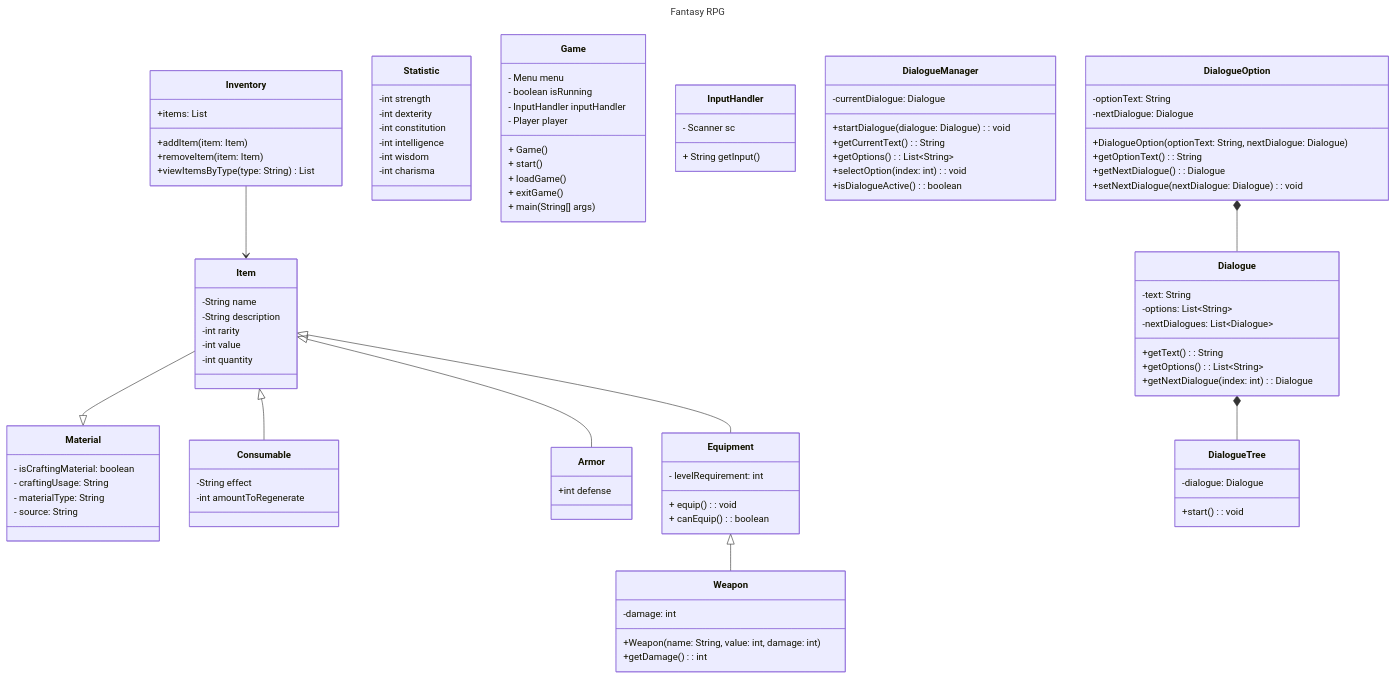
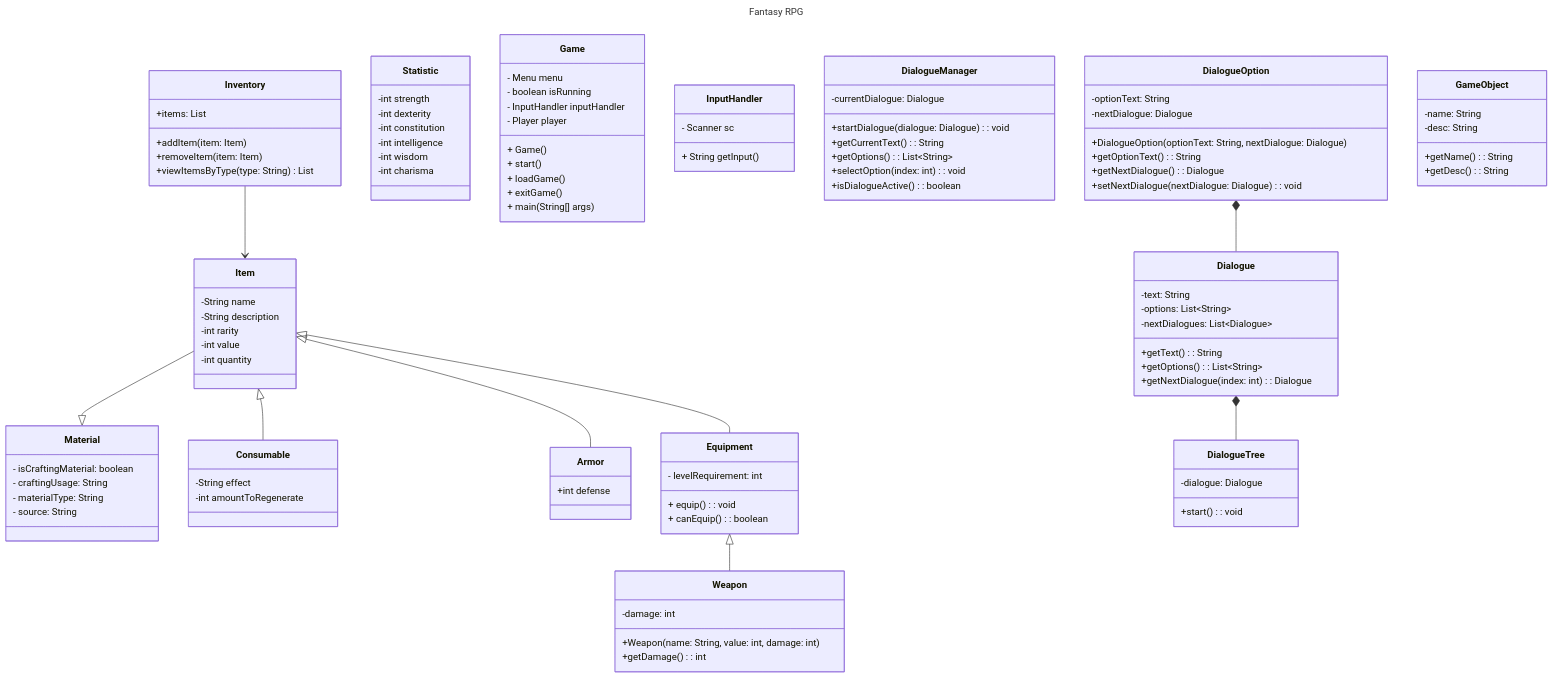
One commit to pacalso-jjc/2425-2nd-cc3-1b-rpg changed the diagram in wiki/Class-Diagram.md. Above: the diagram before and after it, drawn with Mermaid.

Commit message:
Added GameObject class to class diagram

````diff
--- a/wiki/Class-Diagram.md
+++ b/wiki/Class-Diagram.md
@@ -114,4 +114,11 @@
         +viewItemsByType(type: String) List
     }
 
+    class GameObject{
+        -name: String
+        -desc: String
+        +getName(): String
+        +getDesc(): String
+    }
+
 ```
````
